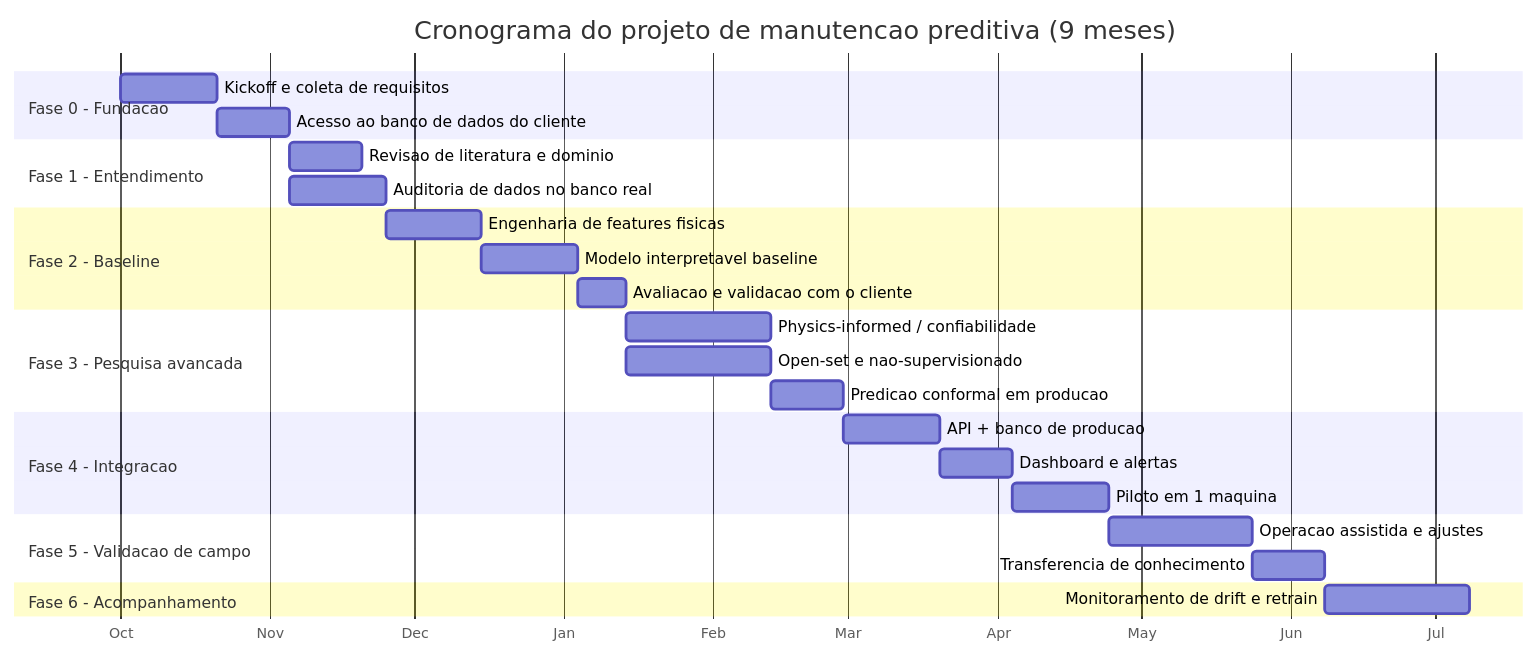
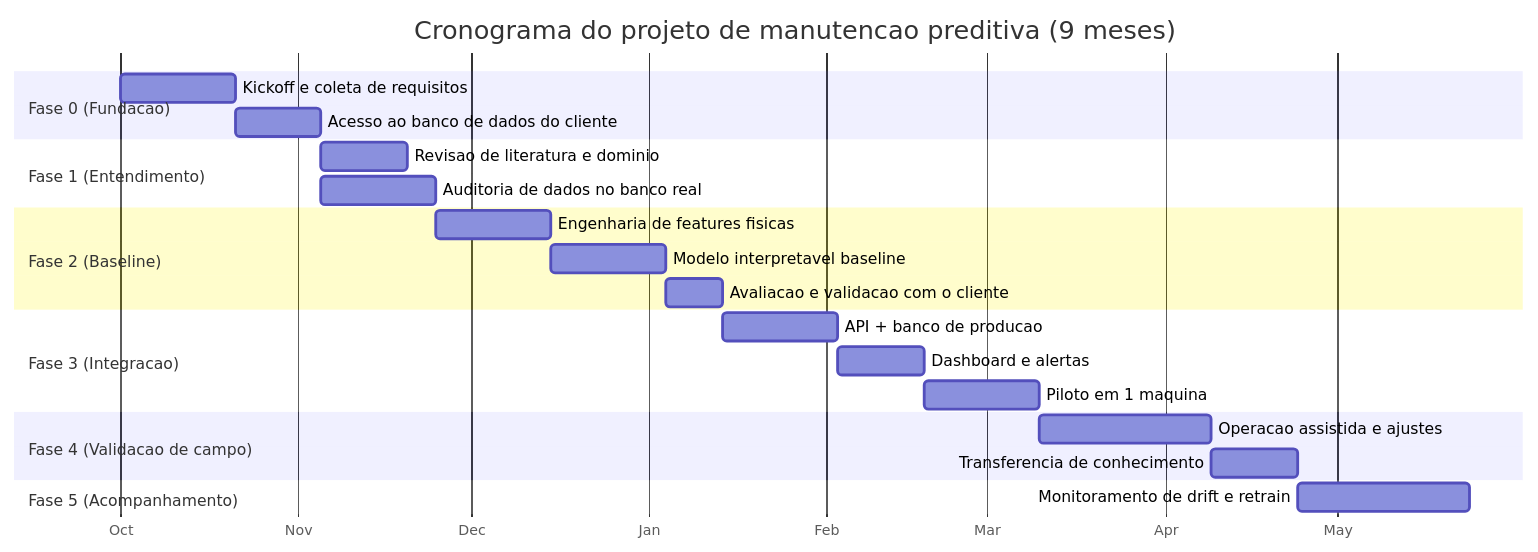
One commit to enzoniko/predictive-maintenance-senai changed the diagram in docs/04_cronograma_9_meses.md. Above: the diagram before and after it, drawn with Mermaid. The commit also changed other lines of this file and 69 other files, not shown here.

````diff
--- a/docs/04_cronograma_9_meses.md
+++ b/docs/04_cronograma_9_meses.md
@@ -12,29 +12,25 @@
 ```mermaid
 gantt
     title Cronograma do projeto de manutencao preditiva (9 meses)
     dateFormat  YYYY-MM-DD
     axisFormat  %b
-    section Fase 0 - Fundacao
+    section Fase 0 (Fundacao)
     Kickoff e coleta de requisitos      :f0a, 2026-10-01, 20d
     Acesso ao banco de dados do cliente  :f0b, after f0a, 15d
-    section Fase 1 - Entendimento
+    section Fase 1 (Entendimento)
     Revisao de literatura e dominio      :f1a, after f0b, 15d
     Auditoria de dados no banco real     :f1b, after f0b, 20d
-    section Fase 2 - Baseline
+    section Fase 2 (Baseline)
     Engenharia de features fisicas       :f2a, after f1b, 20d
     Modelo interpretavel baseline        :f2b, after f2a, 20d
     Avaliacao e validacao com o cliente  :f2c, after f2b, 10d
-    section Fase 3 - Pesquisa avancada
-    Physics-informed / confiabilidade    :f3a, after f2c, 30d
-    Open-set e nao-supervisionado        :f3b, after f2c, 30d
-    Predicao conformal em producao       :f3c, after f3a, 15d
-    section Fase 4 - Integracao
-    API + banco de producao              :f4a, after f3c, 20d
-    Dashboard e alertas                  :f4b, after f4a, 15d
-    Piloto em 1 maquina                  :f4c, after f4b, 20d
-    section Fase 5 - Validacao de campo
-    Operacao assistida e ajustes         :f5a, after f4c, 30d
-    Transferencia de conhecimento        :f5b, after f5a, 15d
-    section Fase 6 - Acompanhamento
-    Monitoramento de drift e retrain     :f6a, after f5b, 30d
+    section Fase 3 (Integracao)
+    API + banco de producao              :f3a, after f2c, 20d
+    Dashboard e alertas                  :f3b, after f3a, 15d
+    Piloto em 1 maquina                  :f3c, after f3b, 20d
+    section Fase 4 (Validacao de campo)
+    Operacao assistida e ajustes         :f4a, after f3c, 30d
+    Transferencia de conhecimento        :f4b, after f4a, 15d
+    section Fase 5 (Acompanhamento)
+    Monitoramento de drift e retrain     :f5a, after f4b, 30d
 ```
````
